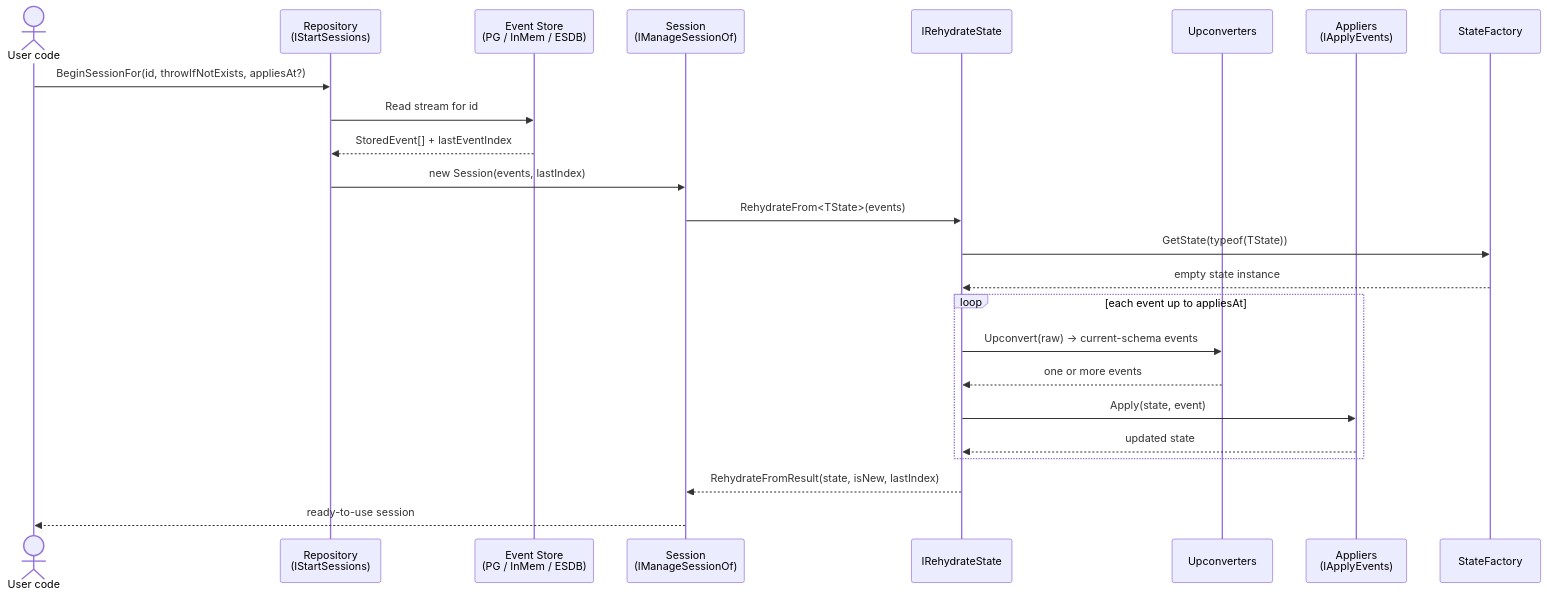
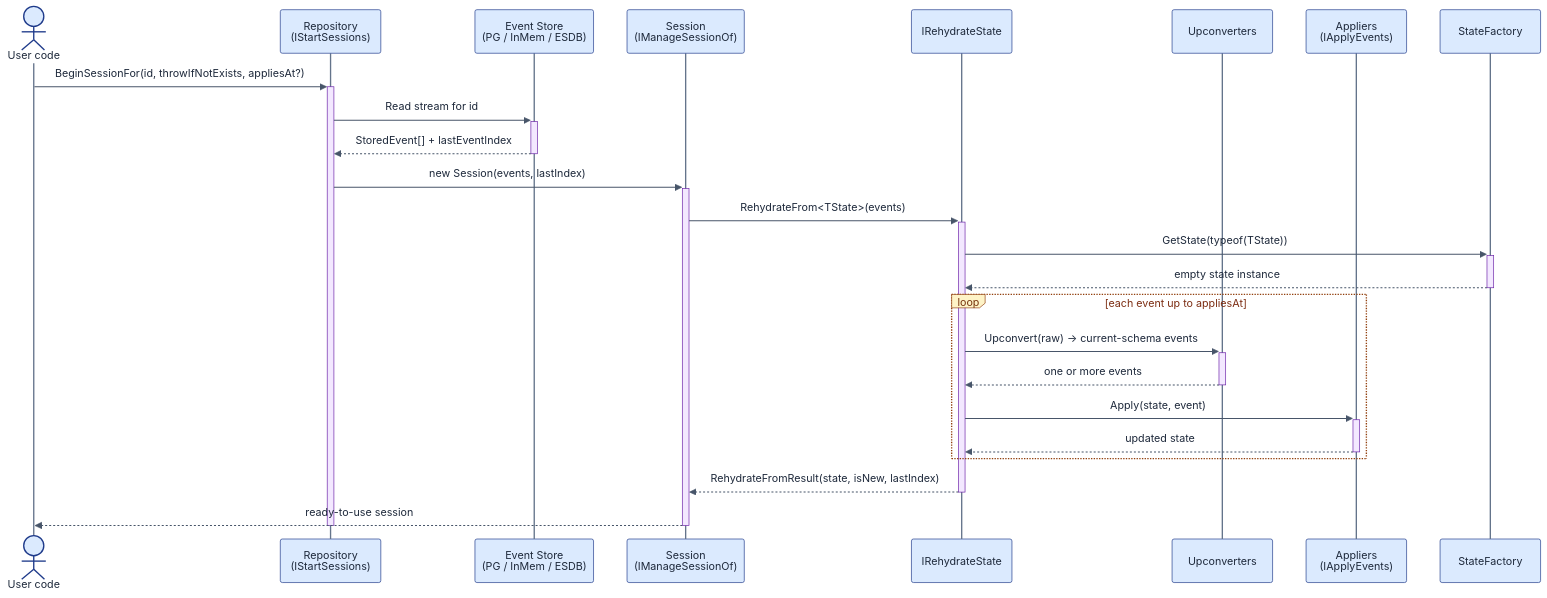
Before and after one commit to vaibhavPH/BullOak: the fourth of 7 diagrams in docs/architecture.md, drawn with Mermaid. The commit also changed other lines of this file, not shown here.

First line of the commit message:
docs: colour the Mermaid architecture diagrams

````diff
--- a/docs/architecture.md
+++ b/docs/architecture.md
@@ -149,27 +178,29 @@
 ```mermaid
+%%{init: {"theme":"base","themeVariables":{"actorBkg":"#dbeafe","actorBorder":"#1e3a8a","actorTextColor":"#1e293b","actorLineColor":"#64748b","signalColor":"#475569","signalTextColor":"#1e293b","labelBoxBkgColor":"#fef3c7","labelBoxBorderColor":"#92400e","labelTextColor":"#78350f","loopTextColor":"#7c2d12","noteBkgColor":"#fef9c3","noteBorderColor":"#854d0e","noteTextColor":"#713f12","activationBkgColor":"#f3e8ff","activationBorderColor":"#6b21a8","sequenceNumberColor":"#ffffff"}}}%%
 sequenceDiagram
     actor U as User code
     participant R as Repository<br/>(IStartSessions)
     participant ES as Event Store<br/>(PG / InMem / ESDB)
     participant S as Session<br/>(IManageSessionOf)
     participant H as IRehydrateState
     participant Up as Upconverters
     participant A as Appliers<br/>(IApplyEvents)
     participant F as StateFactory
 
-    U->>R: BeginSessionFor(id, throwIfNotExists, appliesAt?)
-    R->>ES: Read stream for id
-    ES-->>R: StoredEvent[] + lastEventIndex
-    R->>S: new Session(events, lastIndex)
-    S->>H: RehydrateFrom<TState>(events)
-    H->>F: GetState(typeof(TState))
-    F-->>H: empty state instance
+    U->>+R: BeginSessionFor(id, throwIfNotExists, appliesAt?)
+    R->>+ES: Read stream for id
+    ES-->>-R: StoredEvent[] + lastEventIndex
+    R->>+S: new Session(events, lastIndex)
+    S->>+H: RehydrateFrom<TState>(events)
+    H->>+F: GetState(typeof(TState))
+    F-->>-H: empty state instance
     loop each event up to appliesAt
-        H->>Up: Upconvert(raw) → current-schema events
-        Up-->>H: one or more events
-        H->>A: Apply(state, event)
-        A-->>H: updated state
+        H->>+Up: Upconvert(raw) → current-schema events
+        Up-->>-H: one or more events
+        H->>+A: Apply(state, event)
+        A-->>-H: updated state
     end
-    H-->>S: RehydrateFromResult(state, isNew, lastIndex)
-    S-->>U: ready-to-use session
+    H-->>-S: RehydrateFromResult(state, isNew, lastIndex)
+    S-->>-U: ready-to-use session
+    deactivate R
 ```
````
